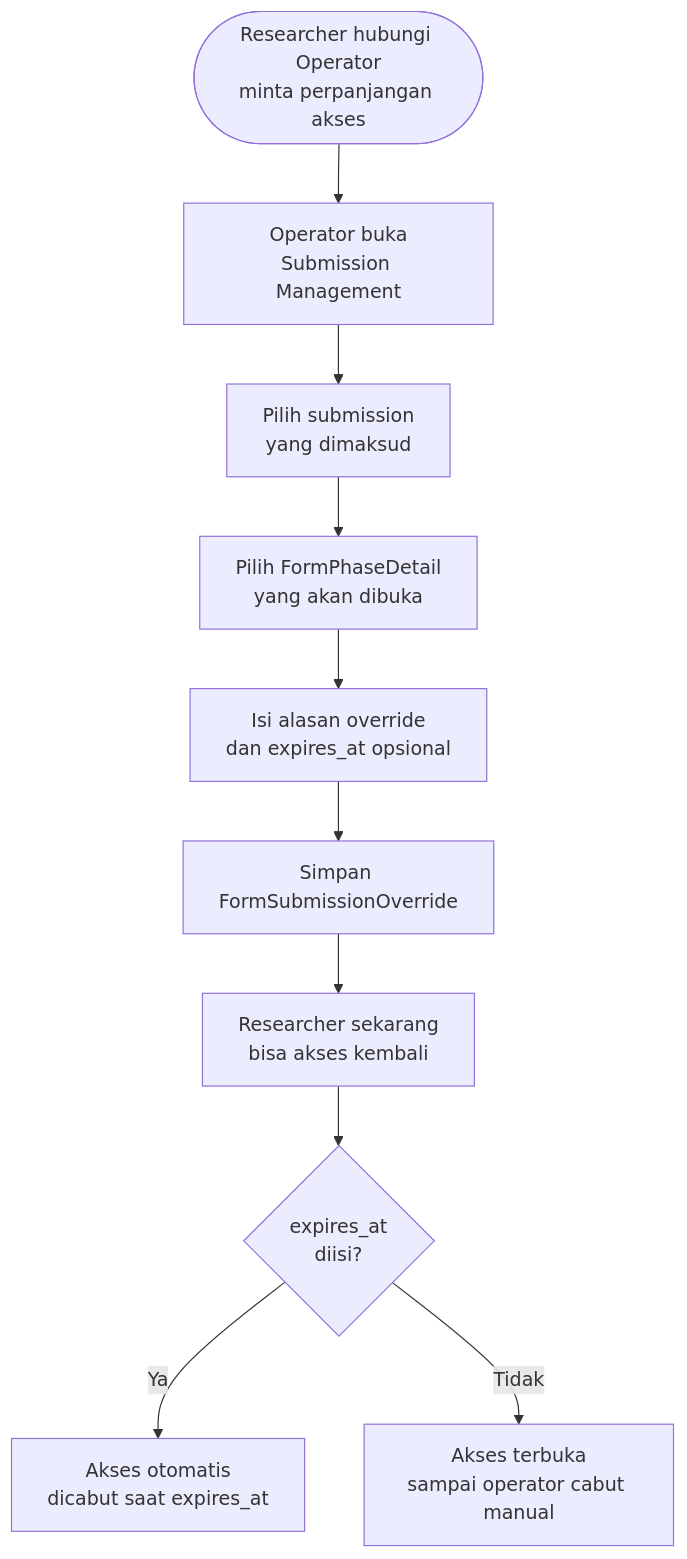
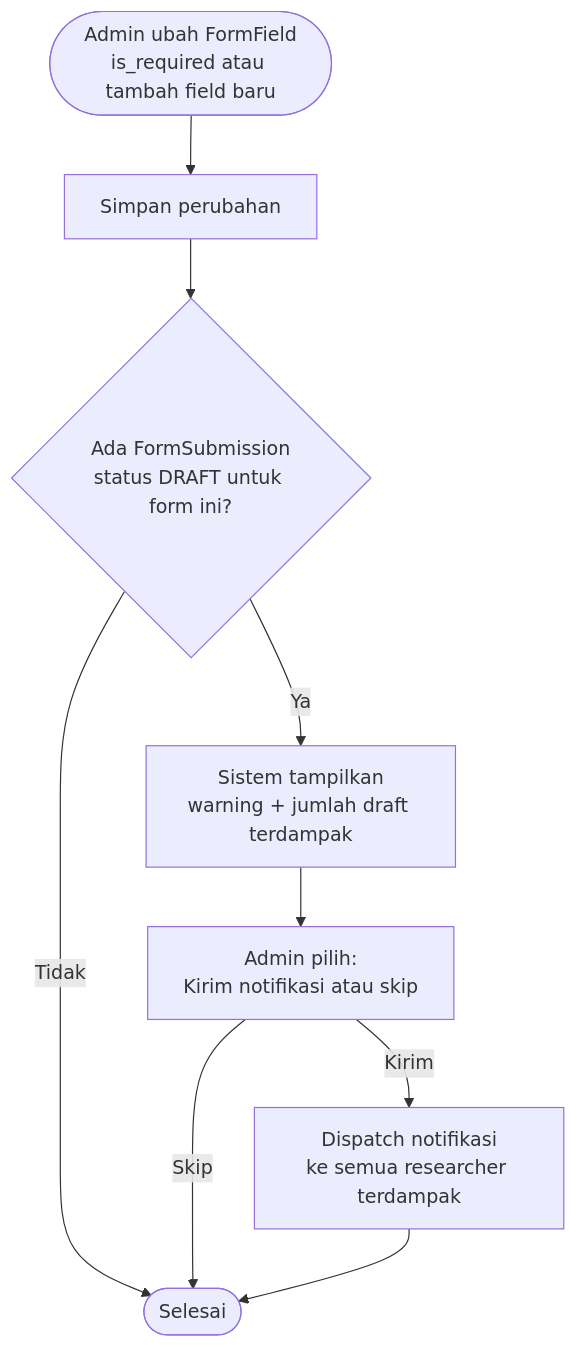
Before and after one commit to nas11ai/sim-kerjasama-itk: the fourth of 5 diagrams in docs/requirement-analysis/ddd/generic/01_form_engine.md, drawn with Mermaid. The commit also changed other lines of this file and 12 other files, not shown here.

````diff
--- a/docs/requirement-analysis/ddd/generic/01_form_engine.md
+++ b/docs/requirement-analysis/ddd/generic/01_form_engine.md
@@ -97,12 +69,11 @@
 ```mermaid
 flowchart TD
-    START([Researcher hubungi Operator<br/>minta perpanjangan akses]) --> A
-    A[Operator buka<br/>Submission Management] --> B[Pilih submission<br/>yang dimaksud]
-    B --> C[Pilih FormPhaseDetail<br/>yang akan dibuka]
-    C --> D[Isi alasan override<br/>dan expires_at opsional]
-    D --> E[Simpan FormSubmissionOverride]
-    E --> F[Researcher sekarang<br/>bisa akses kembali]
-    F --> G{expires_at<br/>diisi?}
-    G -->|Ya| H[Akses otomatis<br/>dicabut saat expires_at]
-    G -->|Tidak| I[Akses terbuka<br/>sampai operator cabut manual]
+    START([Admin ubah FormField<br/>is_required atau tambah field baru]) --> A[Simpan perubahan]
+    A --> B{Ada FormSubmission<br/>status DRAFT untuk form ini?}
+    B -->|Tidak| END([Selesai])
+    B -->|Ya| C[Sistem tampilkan<br/>warning + jumlah draft terdampak]
+    C --> D[Admin pilih:<br/>Kirim notifikasi atau skip]
+    D -->|Kirim| E[Dispatch notifikasi<br/>ke semua researcher terdampak]
+    D -->|Skip| END
+    E --> END
 ```
````
